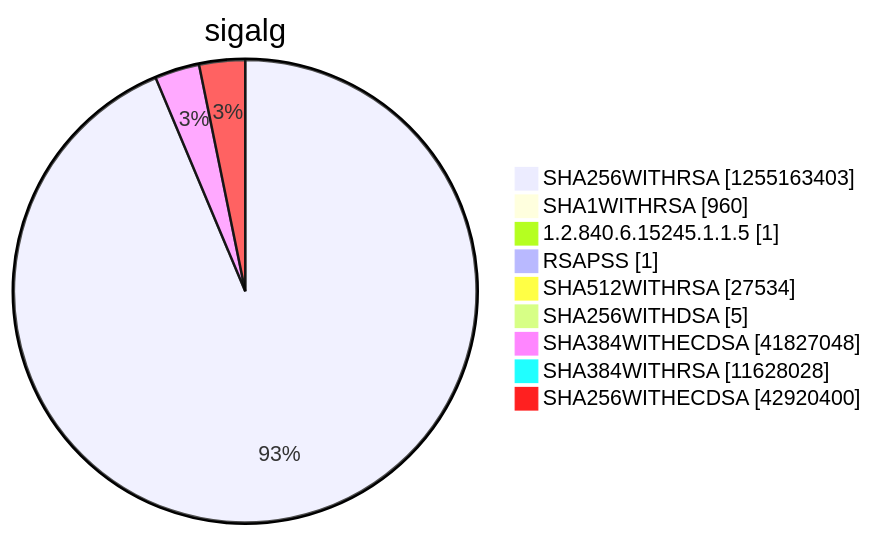
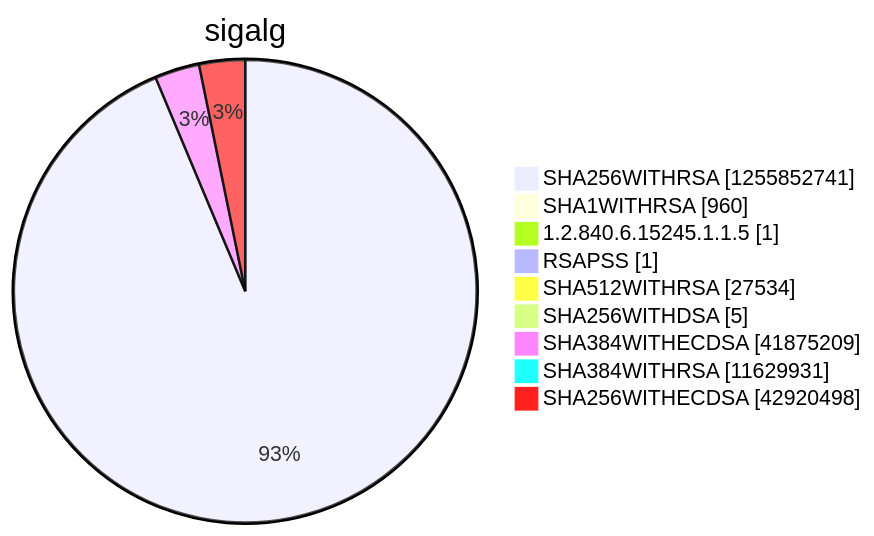
Before and after one commit to christiankrug/ctmonitor_visualization: diagram 15 of 15 in argon2022/README.md, drawn with Mermaid. The commit also changed other lines of this file, not shown here.

````diff
--- a/argon2022/README.md
+++ b/argon2022/README.md
@@ -5522,13 +5522,13 @@
 ```mermaid
 pie showData
 title sigalg
-"SHA256WITHRSA" :1255163403
+"SHA256WITHRSA" :1255852741
 "SHA1WITHRSA" :960
 "1.2.840.6.15245.1.1.5" :1
 "RSAPSS" :1
 "SHA512WITHRSA" :27534
 "SHA256WITHDSA" :5
-"SHA384WITHECDSA" :41827048
-"SHA384WITHRSA" :11628028
-"SHA256WITHECDSA" :42920400
+"SHA384WITHECDSA" :41875209
+"SHA384WITHRSA" :11629931
+"SHA256WITHECDSA" :42920498
 ```
````
